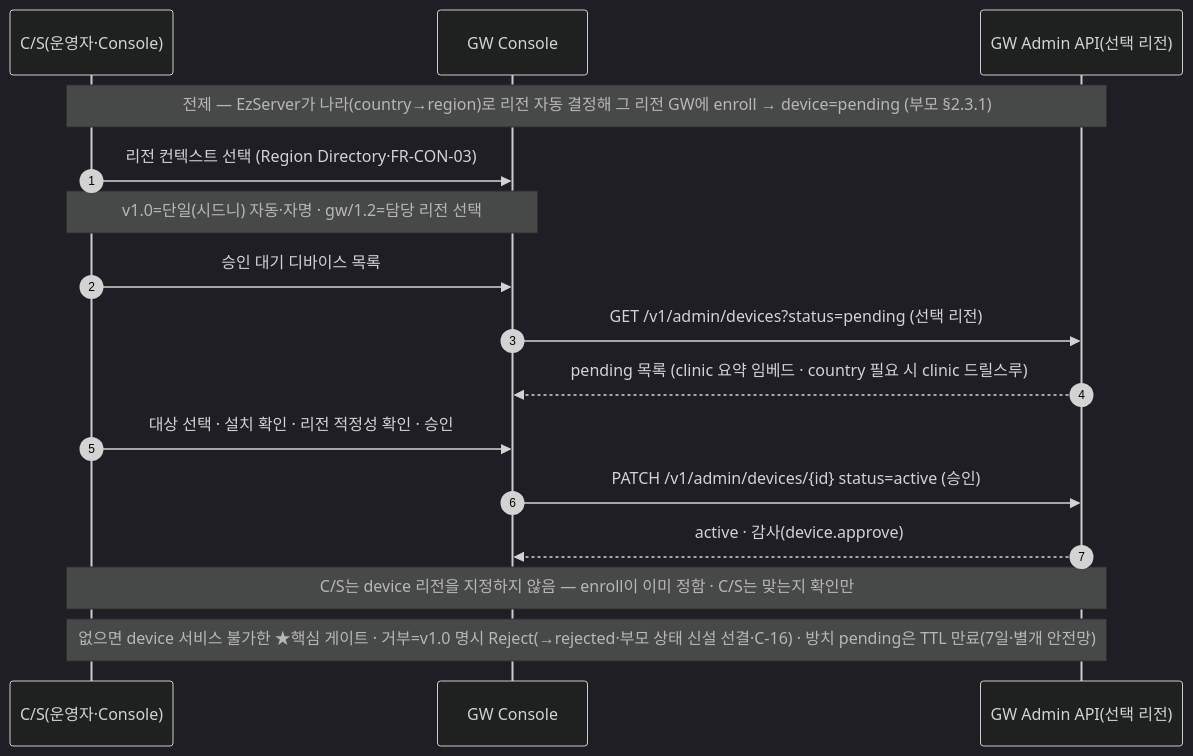
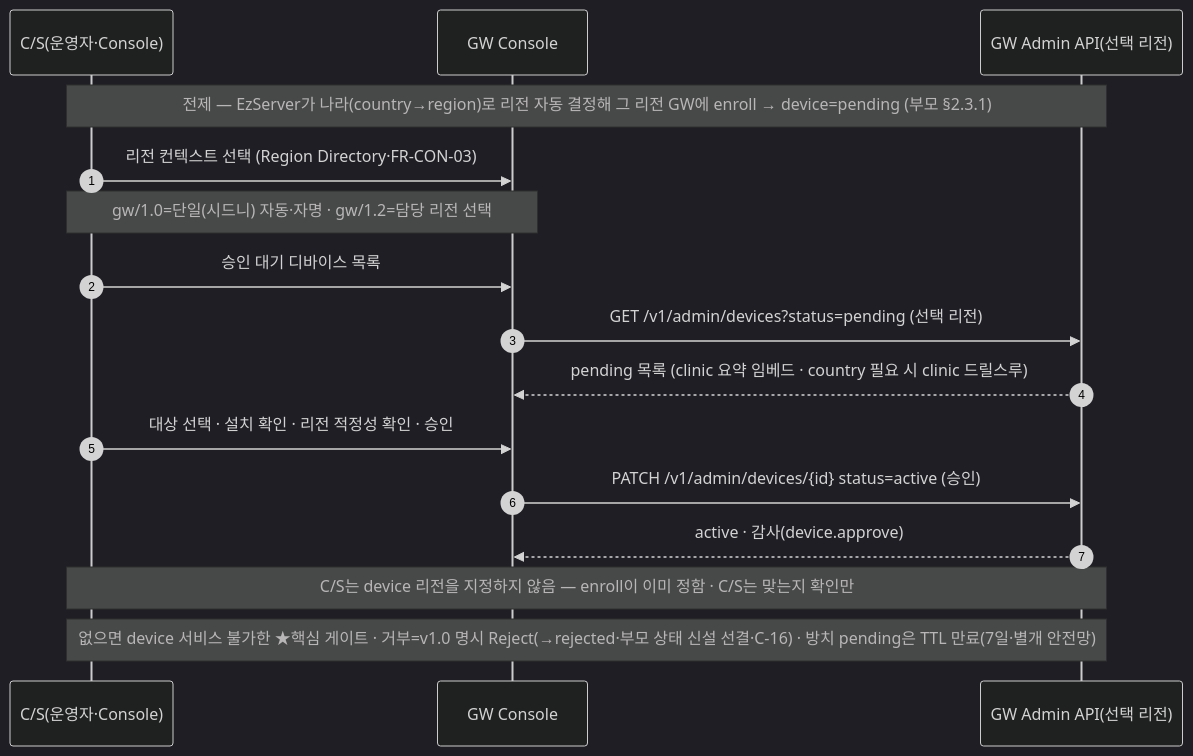
Before and after one commit to gracegyu/scp-architecture: the seventh of 11 diagrams in docs/VT_API_Gateway/08.VT_API_Gateway/specs/03c-subsrs-gw-console/SRS.md, drawn with Mermaid (dark theme). The commit also changed other lines of this file and 1 other file, not shown here.

````diff
--- a/docs/VT_API_Gateway/08.VT_API_Gateway/specs/03c-subsrs-gw-console/SRS.md
+++ b/docs/VT_API_Gateway/08.VT_API_Gateway/specs/03c-subsrs-gw-console/SRS.md
@@ -287,18 +292,18 @@
 ```mermaid
 sequenceDiagram
     autonumber
     participant CS as C/S(운영자·Console)
     participant C as GW Console
     participant GW as GW Admin API(선택 리전)
     Note over CS,GW: 전제 — EzServer가 나라(country→region)로 리전 자동 결정해 그 리전 GW에 enroll → device=pending (부모 §2.3.1)
     CS->>C: 리전 컨텍스트 선택 (Region Directory·FR-CON-03)
-    Note over CS,C: v1.0=단일(시드니) 자동·자명 · gw/1.2=담당 리전 선택
+    Note over CS,C: gw/1.0=단일(시드니) 자동·자명 · gw/1.2=담당 리전 선택
     CS->>C: 승인 대기 디바이스 목록
     C->>GW: GET /v1/admin/devices?status=pending (선택 리전)
     GW-->>C: pending 목록 (clinic 요약 임베드 · country 필요 시 clinic 드릴스루)
     CS->>C: 대상 선택 · 설치 확인 · 리전 적정성 확인 · 승인
     C->>GW: PATCH /v1/admin/devices/{id} status=active (승인)
     GW-->>C: active · 감사(device.approve)
     Note over CS,GW: C/S는 device 리전을 지정하지 않음 — enroll이 이미 정함 · C/S는 맞는지 확인만
     Note over CS,GW: 없으면 device 서비스 불가한 ★핵심 게이트 · 거부=v1.0 명시 Reject(→rejected·부모 상태 신설 선결·C-16) · 방치 pending은 TTL 만료(7일·별개 안전망)
 ```
````
